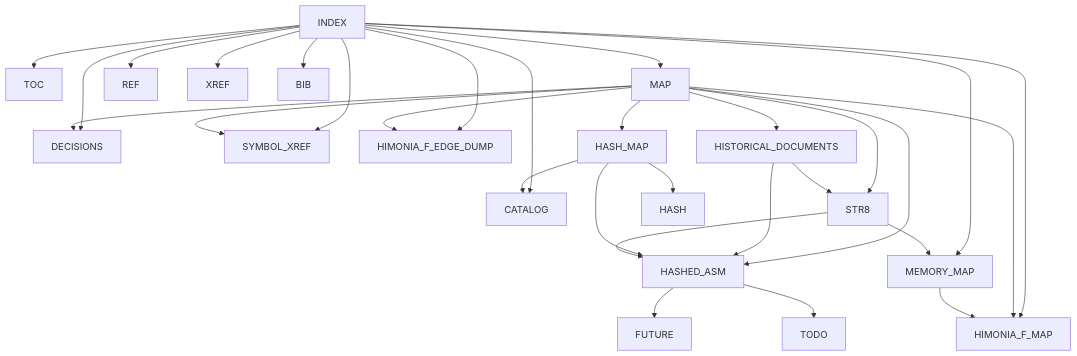
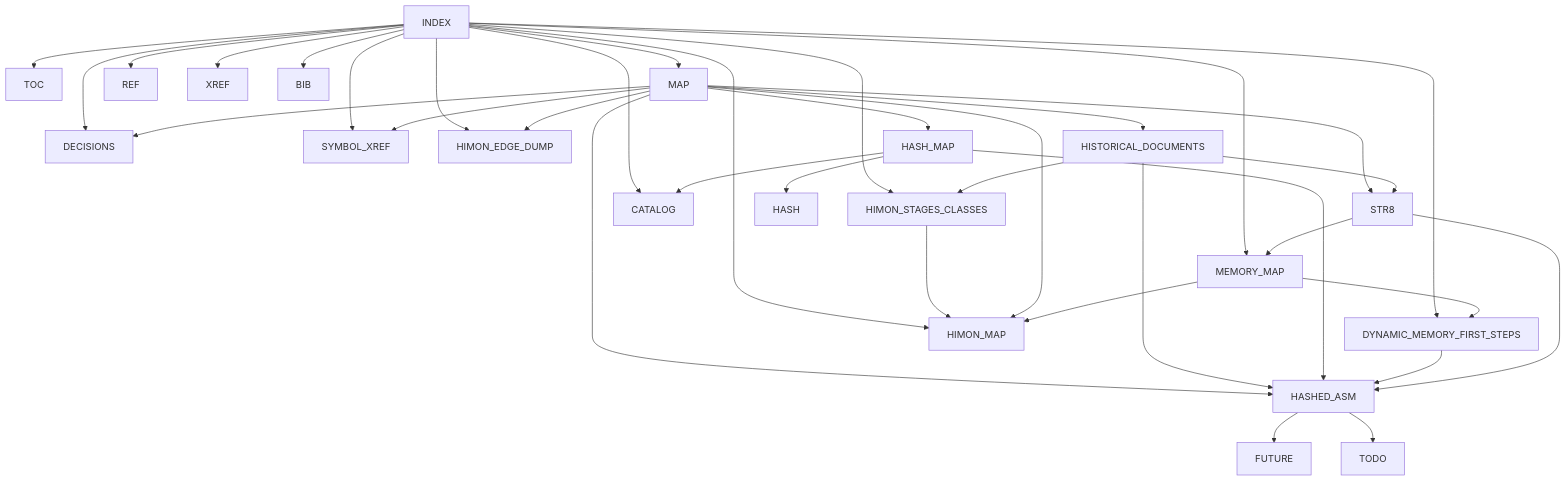
Before and after one commit to 95westus/R-YORS: the diagram in DOC/GUIDES/MAP.md, drawn with Mermaid. The commit also changed other lines of this file and 13 other files, not shown here.

````diff
--- a/DOC/GUIDES/MAP.md
+++ b/DOC/GUIDES/MAP.md
@@ -145,34 +160,40 @@
 ```mermaid
 flowchart TD
     IDX[INDEX] --> TOC[TOC]
     IDX --> MAP[MAP]
     IDX --> DEC[DECISIONS]
+    IDX --> HSTAGE[HIMON_STAGES_CLASSES]
     IDX --> REF[REF]
     IDX --> XREF[XREF]
     IDX --> CAT[CATALOG]
     IDX --> MEM[MEMORY_MAP]
+    IDX --> DMEM[DYNAMIC_MEMORY_FIRST_STEPS]
     IDX --> SYMX[SYMBOL_XREF]
-    IDX --> HMAP2[HIMONIA_F_MAP]
-    IDX --> HEDGE[HIMONIA_F_EDGE_DUMP]
+    IDX --> HMAP2[HIMON_MAP]
+    IDX --> HEDGE[HIMON_EDGE_DUMP]
     IDX --> BIB[BIB]
 
     MAP --> HIST[HISTORICAL_DOCUMENTS]
     MAP --> DEC
+    HIST --> HSTAGE
+    HSTAGE --> HMAP2
     MAP --> STR8[STR8]
     MAP --> HASM[HASHED_ASM]
     MAP --> HMAP[HASH_MAP]
     MAP --> SYMX
     MAP --> HMAP2
     MAP --> HEDGE
 
     HIST --> STR8
     HIST --> HASM
     HMAP --> HASH[HASH]
     HMAP --> CAT
     HMAP --> HASM
     STR8 --> MEM
+    MEM --> DMEM
+    DMEM --> HASM
     MEM --> HMAP2
     STR8 --> HASM
     HASM --> FUTURE[FUTURE]
     HASM --> TODO[TODO]
 ```
````
